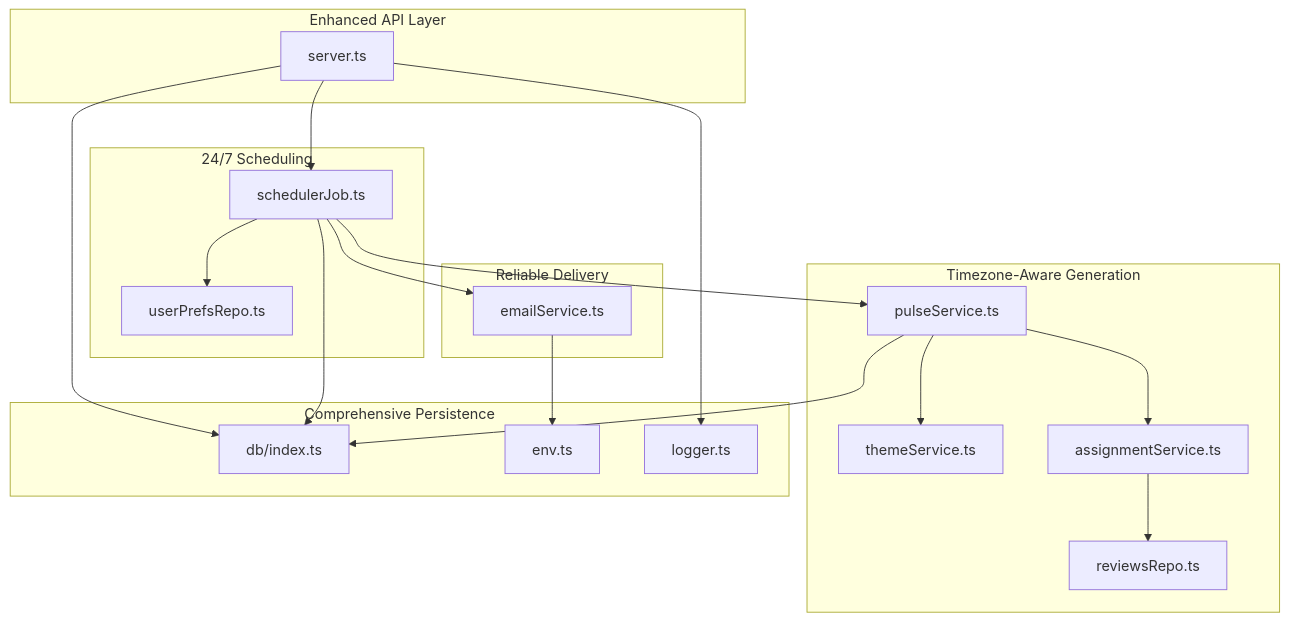
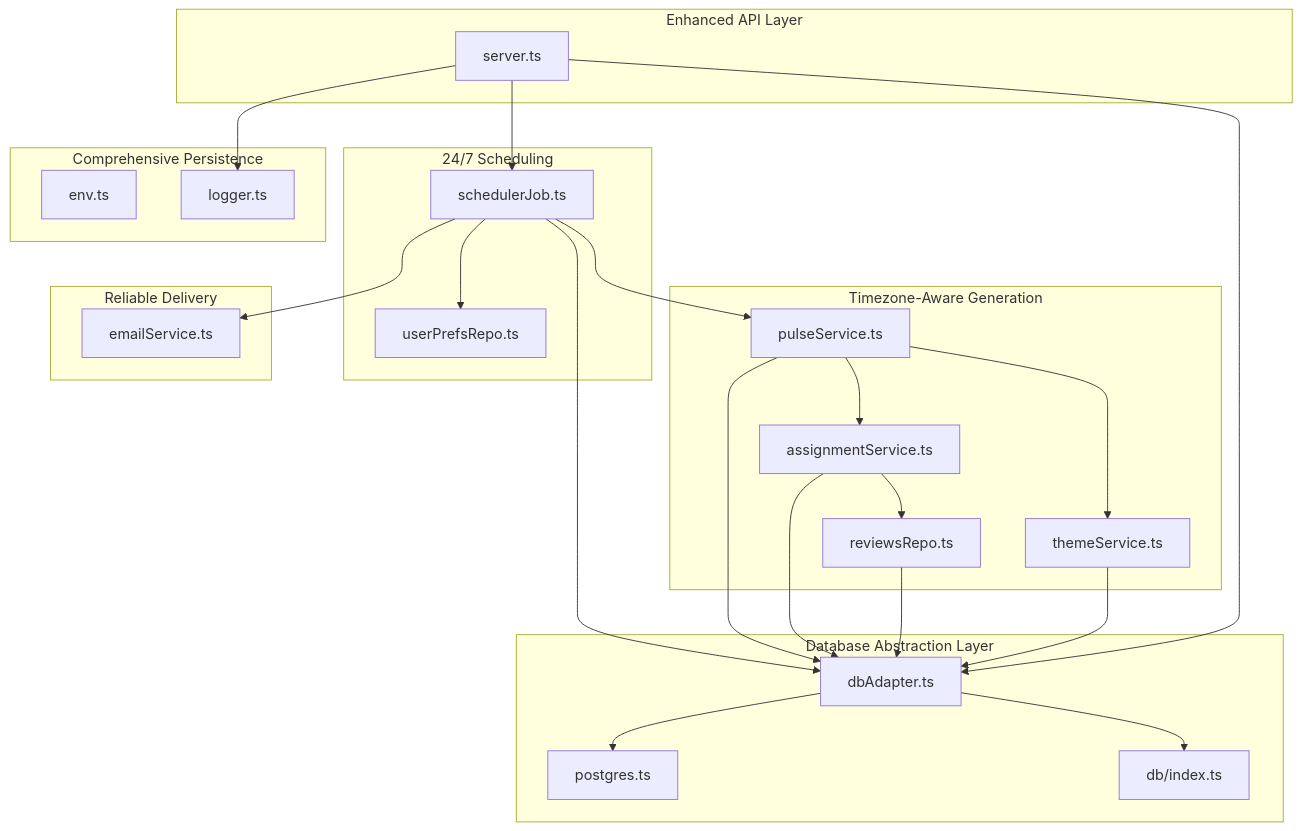
One commit to aravinthraj-ramalingam/Groww-App-Review-Insights-Analyzer- changed the first of 10 diagrams in .qoder/repowiki/en/content/Phase 2_ Advanced Analytics & Automation/Automated Job Scheduling.md. Above: the diagram before and after it, drawn with Mermaid. The commit also changed other lines of this file and 10 other files, not shown here.

````diff
--- a/.qoder/repowiki/en/content/Phase 2_ Advanced Analytics & Automation/Automated Job Scheduling.md
+++ b/.qoder/repowiki/en/content/Phase 2_ Advanced Analytics & Automation/Automated Job Scheduling.md
@@ -62,36 +68,44 @@
 ```mermaid
 graph TB
 subgraph "Enhanced API Layer"
 Srv["server.ts"]
 end
 subgraph "24/7 Scheduling"
 SJ["schedulerJob.ts"]
 UPR["userPrefsRepo.ts"]
 end
 subgraph "Timezone-Aware Generation"
 PS["pulseService.ts"]
 TS["themeService.ts"]
 AS["assignmentService.ts"]
 RR["reviewsRepo.ts"]
 end
 subgraph "Reliable Delivery"
 ES["emailService.ts"]
 end
+subgraph "Database Abstraction Layer"
+DA["dbAdapter.ts"]
+PG["postgres.ts"]
+IDX["db/index.ts"]
+end
 subgraph "Comprehensive Persistence"
-DB["db/index.ts"]
 CFG["env.ts"]
 LOG["logger.ts"]
 end
 Srv --> SJ
 SJ --> UPR
 SJ --> PS
 PS --> TS
 PS --> AS
 AS --> RR
 SJ --> ES
-SJ --> DB
-PS --> DB
-ES --> CFG
-Srv --> DB
+SJ --> DA
+PS --> DA
+AS --> DA
+RR --> DA
+TS --> DA
+DA --> PG
+DA --> IDX
+Srv --> DA
 Srv --> LOG
 ```
````
